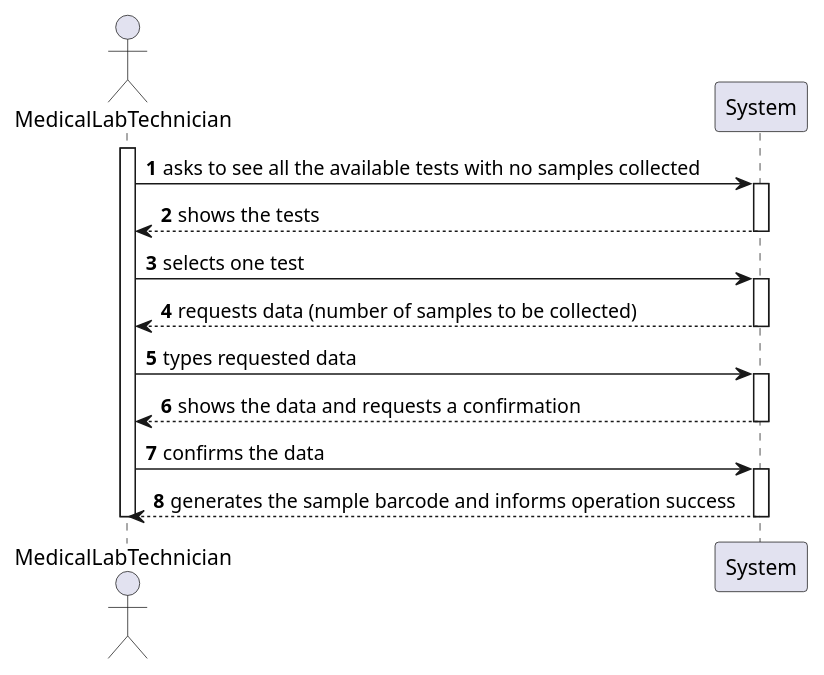
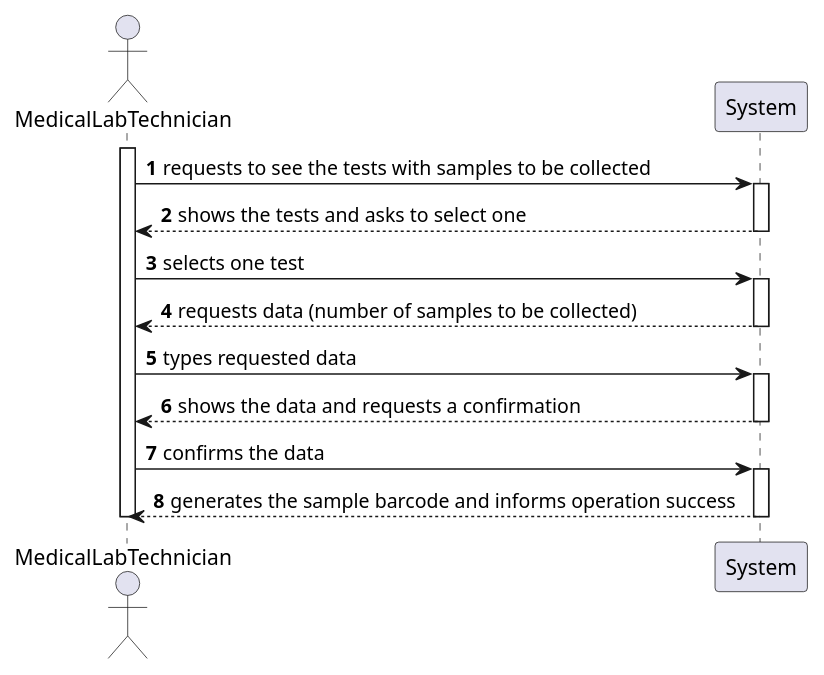
Before and after one commit to 0franciscor/lei-21-s2-1de-g19: the diagram in docs/SprintC/US05/US05-SSD.puml, drawn with PlantUML. The commit also changed 4 other files, not shown here.

```diff
--- a/docs/SprintC/US05/US05-SSD.puml
+++ b/docs/SprintC/US05/US05-SSD.puml
@@ -1,19 +1,19 @@
 @startuml
 'https://plantuml.com/sequence-diagram
 
 autonumber
 
 actor MedicalLabTechnician as MLT
+
 activate MLT
-
-MLT -> System ++: asks to see all the available tests with no samples collected
-System --> MLT --: shows the tests
+MLT -> System ++: requests to see the tests with samples to be collected
+System --> MLT --: shows the tests and asks to select one
 MLT -> System ++: selects one test
 System --> MLT --: requests data (number of samples to be collected)
 MLT -> System ++: types requested data
 System --> MLT --: shows the data and requests a confirmation
 MLT -> System ++: confirms the data
 System --> MLT --: generates the sample barcode and informs operation success
 
 deactivate MLT
 @enduml
```
